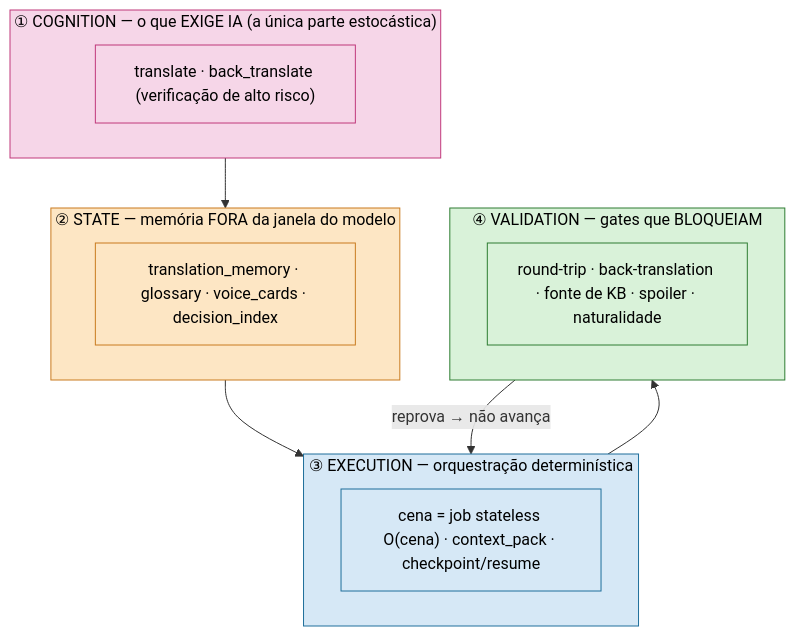
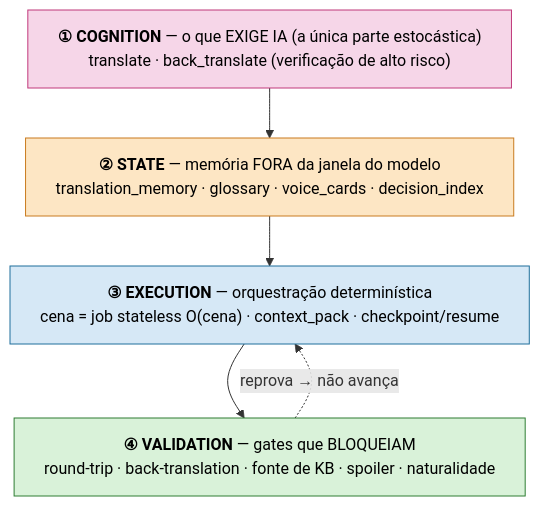
The first of 5 diagrams in README.md (scudellerlemos/translation-cognition-framework), drawn with Mermaid before and after one commit. The commit also changed other lines of this file, not shown here.

Commit message:
docs: diagramas do README proporcionais (4 camadas sem subgraph vazio, caixas sem quebra torta)

````diff
--- a/README.md
+++ b/README.md
@@ -62,25 +62,14 @@
 ```mermaid
+%%{init: {'flowchart': {'wrappingWidth': 520}}}%%
 flowchart TB
-  subgraph C["① COGNITION — o que EXIGE IA (a única parte estocástica)"]
-    c1["translate · back_translate (verificação de alto risco)"]
-  end
-  subgraph S["② STATE — memória FORA da janela do modelo"]
-    s1["translation_memory · glossary · voice_cards · decision_index"]
-  end
-  subgraph E["③ EXECUTION — orquestração determinística"]
-    e1["cena = job stateless O(cena) · context_pack · checkpoint/resume"]
-  end
-  subgraph V["④ VALIDATION — gates que BLOQUEIAM"]
-    v1["round-trip · back-translation · fonte de KB · spoiler · naturalidade"]
-  end
+  C["<b>① COGNITION</b> — o que EXIGE IA (a única parte estocástica)<br/>translate · back_translate (verificação de alto risco)"]:::cog
+  S["<b>② STATE</b> — memória FORA da janela do modelo<br/>translation_memory · glossary · voice_cards · decision_index"]:::sta
+  E["<b>③ EXECUTION</b> — orquestração determinística<br/>cena = job stateless O(cena) · context_pack · checkpoint/resume"]:::exe
+  V["<b>④ VALIDATION</b> — gates que BLOQUEIAM<br/>round-trip · back-translation · fonte de KB · spoiler · naturalidade"]:::val
   C --> S --> E --> V
-  V -->|"reprova → não avança"| E
+  V -.->|"reprova → não avança"| E
   classDef cog fill:#f6d6e8,stroke:#c0397b,color:#000;
   classDef sta fill:#fde6c4,stroke:#c97b1f,color:#000;
   classDef exe fill:#d6e8f6,stroke:#1f6f9b,color:#000;
   classDef val fill:#d9f2d9,stroke:#2e7d32,color:#000;
-  class C,c1 cog;
-  class S,s1 sta;
-  class E,e1 exe;
-  class V,v1 val;
 ```
````
